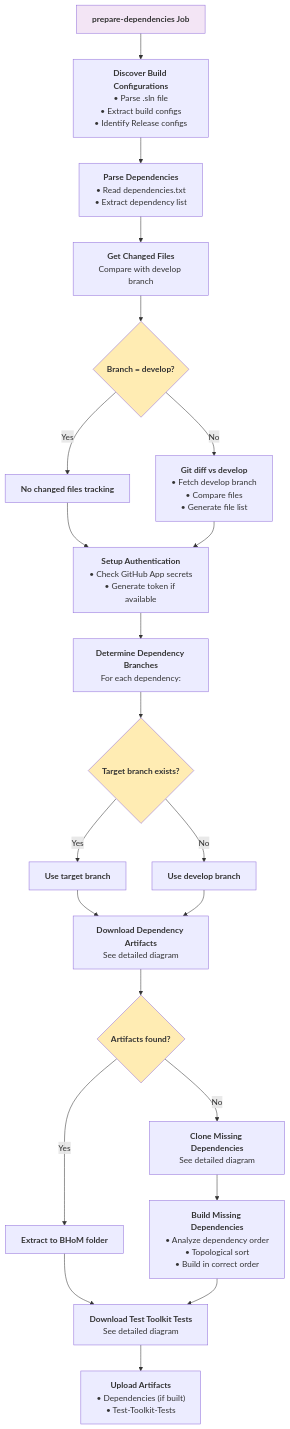
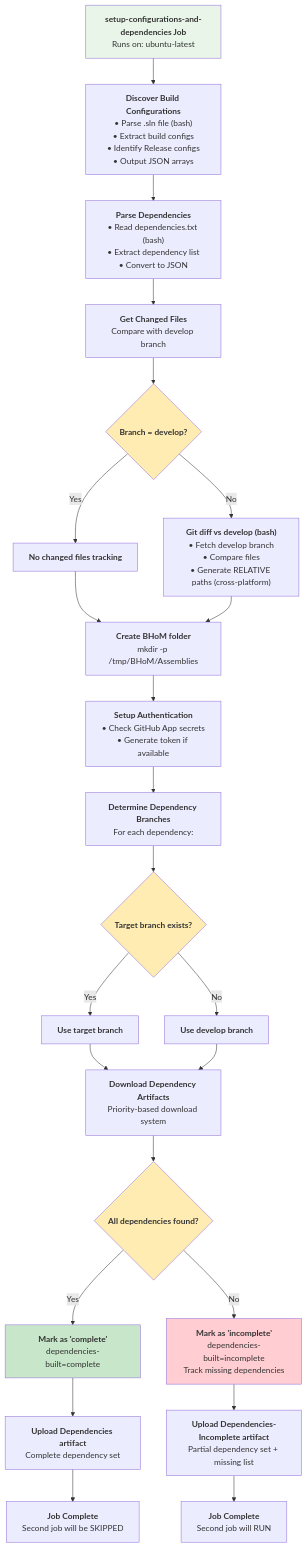
Before and after one commit to BHoM/GithubActions: the second of 8 diagrams in CI workflow.md, drawn with Mermaid. The commit also changed other lines of this file, not shown here.

Commit message:
Update diagrams

````diff
--- a/CI workflow.md
+++ b/CI workflow.md
@@ -90,58 +109,66 @@
 ```mermaid
 graph TD
-    A["`**prepare-dependencies Job**`"] --> B["`**Discover Build Configurations**
-    • Parse .sln file
+    A["`**setup-configurations-and-dependencies Job**
+    Runs on: ubuntu-latest`"] --> B["`**Discover Build Configurations**
+    • Parse .sln file (bash)
     • Extract build configs
-    • Identify Release configs`"]
+    • Identify Release configs
+    • Output JSON arrays`"]
     
     B --> C["`**Parse Dependencies**
-    • Read dependencies.txt
-    • Extract dependency list`"]
+    • Read dependencies.txt (bash)
+    • Extract dependency list
+    • Convert to JSON`"]
     
     C --> D["`**Get Changed Files**
     Compare with develop branch`"]
     
     D --> E{"`**Branch = develop?**`"}
     E -->|Yes| F["`**No changed files tracking**`"]
-    E -->|No| G["`**Git diff vs develop**
+    E -->|No| G["`**Git diff vs develop (bash)**
     • Fetch develop branch
     • Compare files
-    • Generate file list`"]
+    • Generate RELATIVE paths (cross-platform)`"]
     
-    F --> H["`**Setup Authentication**
+    F --> H["`**Create BHoM folder**
+    mkdir -p /tmp/BHoM/Assemblies`"]
+    G --> H
+    
+    H --> I["`**Setup Authentication**
     • Check GitHub App secrets
     • Generate token if available`"]
-    G --> H
     
-    H --> I["`**Determine Dependency Branches**
+    I --> J["`**Determine Dependency Branches**
     For each dependency:`"]
-    I --> J{"`**Target branch exists?**`"}
-    J -->|Yes| K["`**Use target branch**`"]
-    J -->|No| L["`**Use develop branch**`"]
+    J --> K{"`**Target branch exists?**`"}
+    K -->|Yes| L["`**Use target branch**`"]
+    K -->|No| M["`**Use develop branch**`"]
     
-    K --> M["`**Download Dependency Artifacts**
-    See detailed diagram`"]
-    L --> M
+    L --> N["`**Download Dependency Artifacts**
+    Priority-based download system`"]
+    M --> N
     
-    M --> N{"`**Artifacts found?**`"}
-    N -->|Yes| O["`**Extract to BHoM folder**`"]
-    N -->|No| P["`**Clone Missing Dependencies**
-    See detailed diagram`"]
+    N --> O{"`**All dependencies found?**`"}
+    O -->|Yes| P["`**Mark as 'complete'**
+    dependencies-built=complete`"]
+    O -->|No| Q["`**Mark as 'incomplete'**
+    dependencies-built=incomplete
+    Track missing dependencies`"]
     
-    O --> Q["`**Download Test Toolkit Tests**
-    See detailed diagram`"]
-    P --> R["`**Build Missing Dependencies**
-    • Analyze dependency order
-    • Topological sort
-    • Build in correct order`"]
+    P --> R["`**Upload Dependencies artifact**
+    Complete dependency set`"]
+    Q --> S["`**Upload Dependencies-Incomplete artifact**
+    Partial dependency set + missing list`"]
     
-    R --> Q
-    Q --> S["`**Upload Artifacts**
-    • Dependencies (if built)
-    • Test-Toolkit-Tests`"]
+    R --> T["`**Job Complete**
+    Second job will be SKIPPED`"]
+    S --> U["`**Job Complete**
+    Second job will RUN`"]
     
-    style A fill:#f3e5f5
+    style A fill:#e8f5e8
     style E fill:#ffecb3
-    style J fill:#ffecb3
-    style N fill:#ffecb3
+    style K fill:#ffecb3
+    style O fill:#ffecb3
+    style P fill:#c8e6c9
+    style Q fill:#ffcdd2
 ```
````
